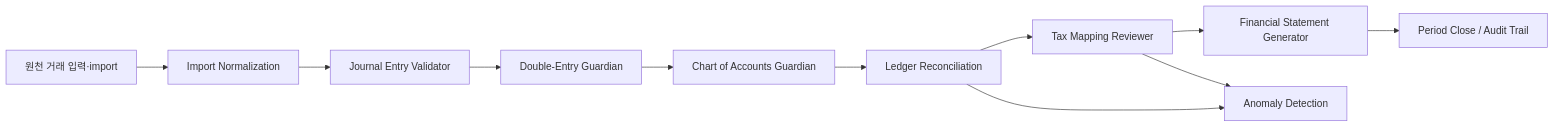
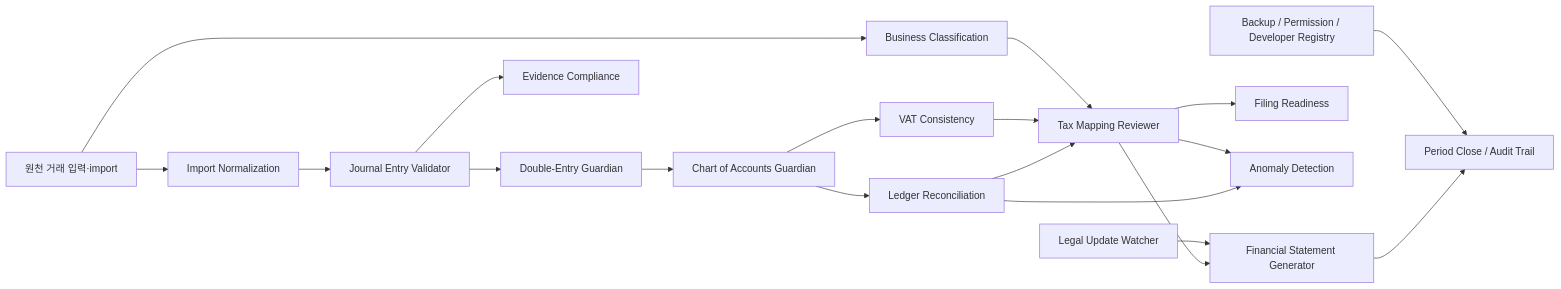
The diagram in docs/skills/accounting-domain-guardians-skill.md (hanwha27-TDTU/Accounting_ledger), drawn with Mermaid before and after one commit. The commit also changed other lines of this file and 1 other file, not shown here.

Commit message:
docs: expand accounting guardian registry

````diff
--- a/docs/skills/accounting-domain-guardians-skill.md
+++ b/docs/skills/accounting-domain-guardians-skill.md
@@ -174,13 +301,21 @@
 ```mermaid
 flowchart LR
   A["원천 거래 입력·import"] --> B["Import Normalization"]
+  A --> K["Business Classification"]
   B --> C["Journal Entry Validator"]
   C --> D["Double-Entry Guardian"]
+  C --> L["Evidence Compliance"]
   D --> E["Chart of Accounts Guardian"]
   E --> F["Ledger Reconciliation"]
+  E --> M["VAT Consistency"]
   F --> G["Tax Mapping Reviewer"]
+  M --> G
   G --> H["Financial Statement Generator"]
+  G --> N["Filing Readiness"]
   H --> I["Period Close / Audit Trail"]
   F --> J["Anomaly Detection"]
   G --> J
+  K --> G
+  O["Legal Update Watcher"] --> H
+  P["Backup / Permission / Developer Registry"] --> I
 ```
````
